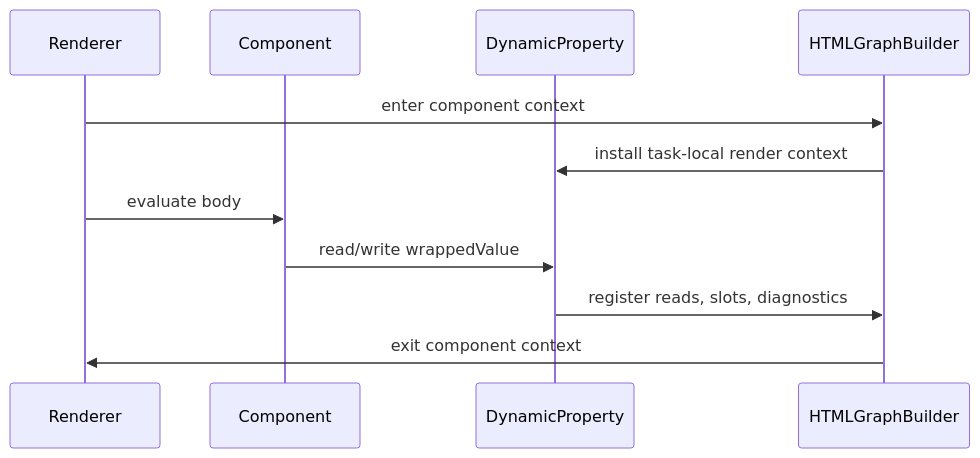
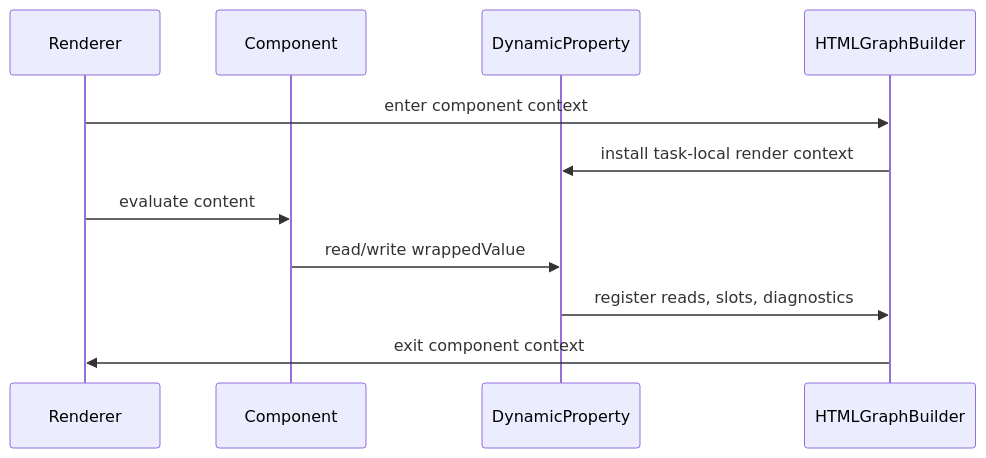
Before and after one commit to 1amageek/swift-web: the third of 5 diagrams in docs/SwiftWebUICoreDesign.md, drawn with Mermaid. The commit also changed other lines of this file and 253 other files, not shown here.

````diff
--- a/docs/SwiftWebUICoreDesign.md
+++ b/docs/SwiftWebUICoreDesign.md
@@ -61,14 +61,14 @@
 ```mermaid
 sequenceDiagram
     participant R as Renderer
     participant C as Component
     participant D as DynamicProperty
     participant G as HTMLGraphBuilder
 
     R->>G: enter component context
     G->>D: install task-local render context
-    R->>C: evaluate body
+    R->>C: evaluate content
     C->>D: read/write wrappedValue
     D->>G: register reads, slots, diagnostics
     G->>R: exit component context
 ```
````
